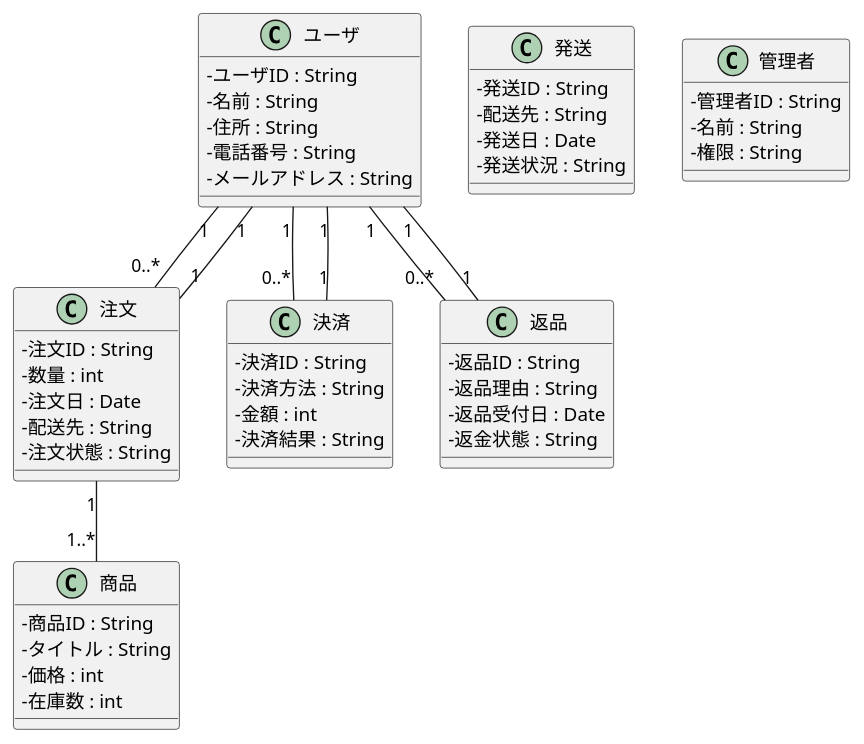
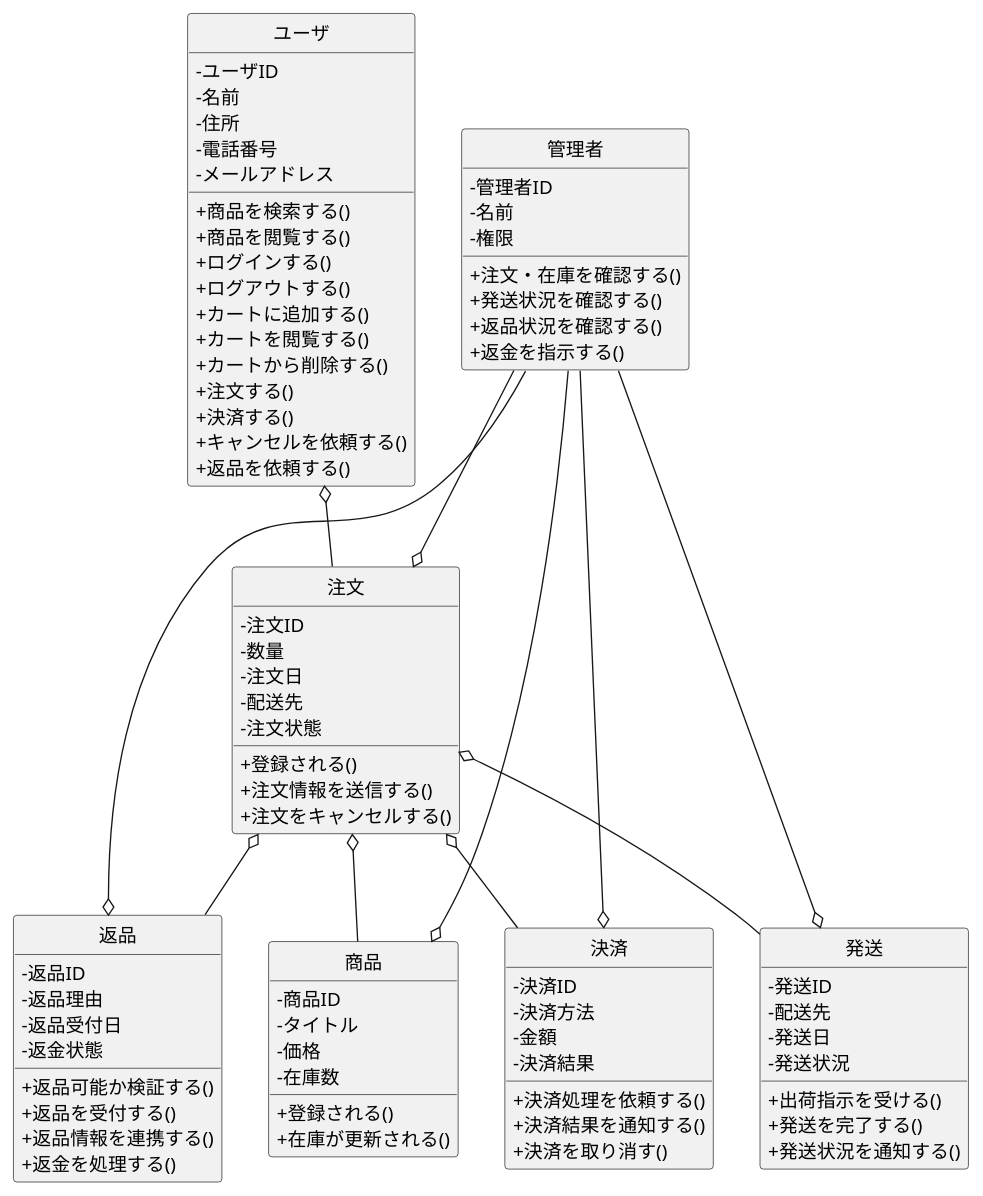
The diagram in BBshop/class.pu (ghbuser12/ohara_uml), drawn with PlantUML before and after one commit.

```diff
--- a/BBshop/class.pu
+++ b/BBshop/class.pu
@@ -1,63 +1,104 @@
-@startuml BBショップクラス図
+@startuml ECサイトクラス図
 skinparam classAttributeIconSize 0
+hide circle
 
 class ユーザ {
-  - ユーザID : String
-  - 名前 : String
-  - 住所 : String
-  - 電話番号 : String
-  - メールアドレス : String
+ -ユーザID
+ -名前
+ -住所
+ -電話番号
+ -メールアドレス
+
+ +商品を検索する()
+ +商品を閲覧する()
+ +ログインする()
+ +ログアウトする()
+ +カートに追加する()
+ +カートを閲覧する()
+ +カートから削除する()
+ +注文する()
+ +決済する()
+ +キャンセルを依頼する()
+ +返品を依頼する()
 }
- 
+
 class 商品 {
-  - 商品ID : String
-  - タイトル : String
-  - 価格 : int
-  - 在庫数 : int
+ -商品ID
+ -タイトル
+ -価格
+ -在庫数
+
+ +登録される()
+ +在庫が更新される()
 }
- 
+
 class 注文 {
-  - 注文ID : String
-  - 数量 : int
-  - 注文日 : Date
-  - 配送先 : String
-  - 注文状態 : String
+ -注文ID
+ -数量
+ -注文日
+ -配送先
+ -注文状態
+
+ +登録される()
+ +注文情報を送信する()
+ +注文をキャンセルする()
 }
- 
+
 class 決済 {
-  - 決済ID : String
-  - 決済方法 : String
-  - 金額 : int
-  - 決済結果 : String
+ -決済ID
+ -決済方法
+ -金額
+ -決済結果
+
+ +決済処理を依頼する()
+ +決済結果を通知する()
+ +決済を取り消す()
 }
- 
+
 class 発送 {
-  - 発送ID : String
-  - 配送先 : String
-  - 発送日 : Date
-  - 発送状況 : String
+ -発送ID
+ -配送先
+ -発送日
+ -発送状況
+
+ +出荷指示を受ける()
+ +発送を完了する()
+ +発送状況を通知する()
 }
- 
+
 class 返品 {
-  - 返品ID : String
-  - 返品理由 : String
-  - 返品受付日 : Date
-  - 返金状態 : String
+ -返品ID
+ -返品理由
+ -返品受付日
+ -返金状態
+
+ +返品可能か検証する()
+ +返品を受付する()
+ +返品情報を連携する()
+ +返金を処理する()
 }
- 
+
 class 管理者 {
-  - 管理者ID : String
-  - 名前 : String
-  - 権限 : String
+ -管理者ID
+ -名前
+ -権限
+
+ +注文・在庫を確認する()
+ +発送状況を確認する()
+ +返品状況を確認する()
+ +返金を指示する()
 }
- 
+
 ' 関連
-ユーザ "1" -- "0..*" 注文
-ユーザ "1" -- "0..*" 決済
-ユーザ "1" -- "0..*" 返品
-注文 "1" -- "1..*" 商品
-注文 "1" -- "1" ユーザ
-決済 "1" -- "1" ユーザ
-返品 "1" -- "1" ユーザ
+ユーザ o-- 注文
+注文 o-- 商品
+注文 o-- 決済
+注文 o-- 発送
+注文 o-- 返品
+管理者 --o 商品
+管理者 --o 注文
+管理者 --o 発送
+管理者 --o 返品
+管理者 --o 決済
 
 @enduml
```
